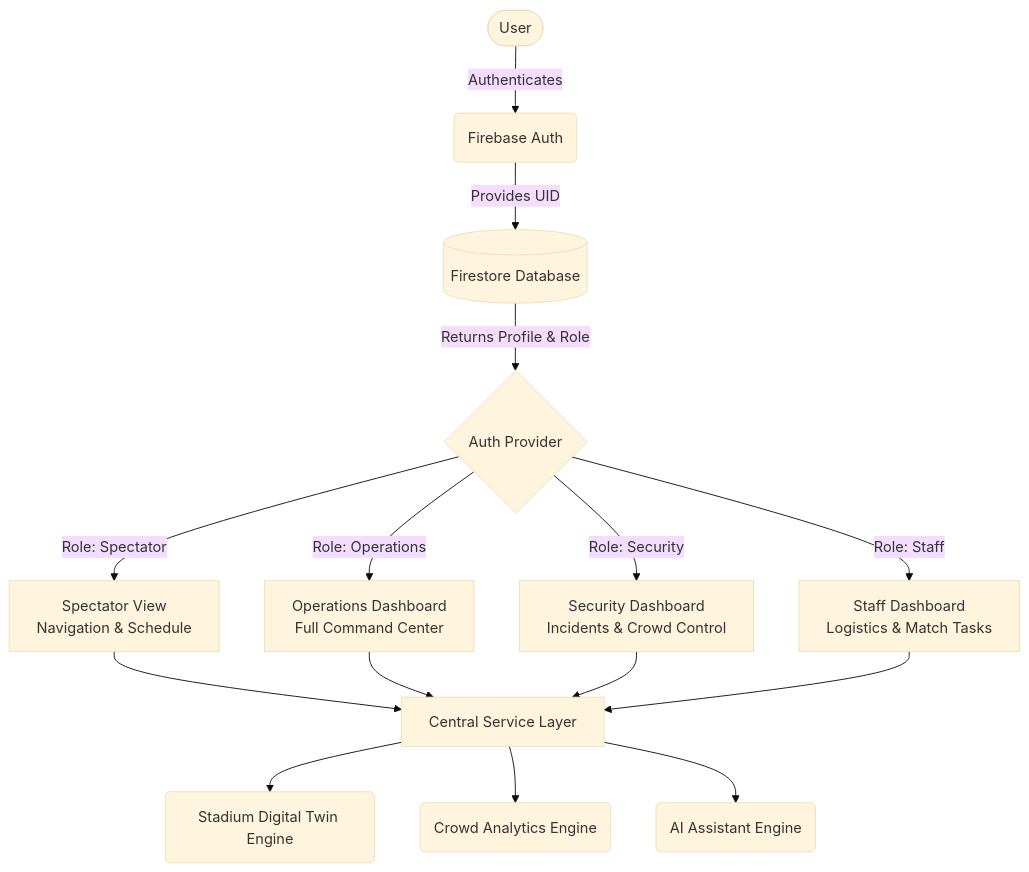
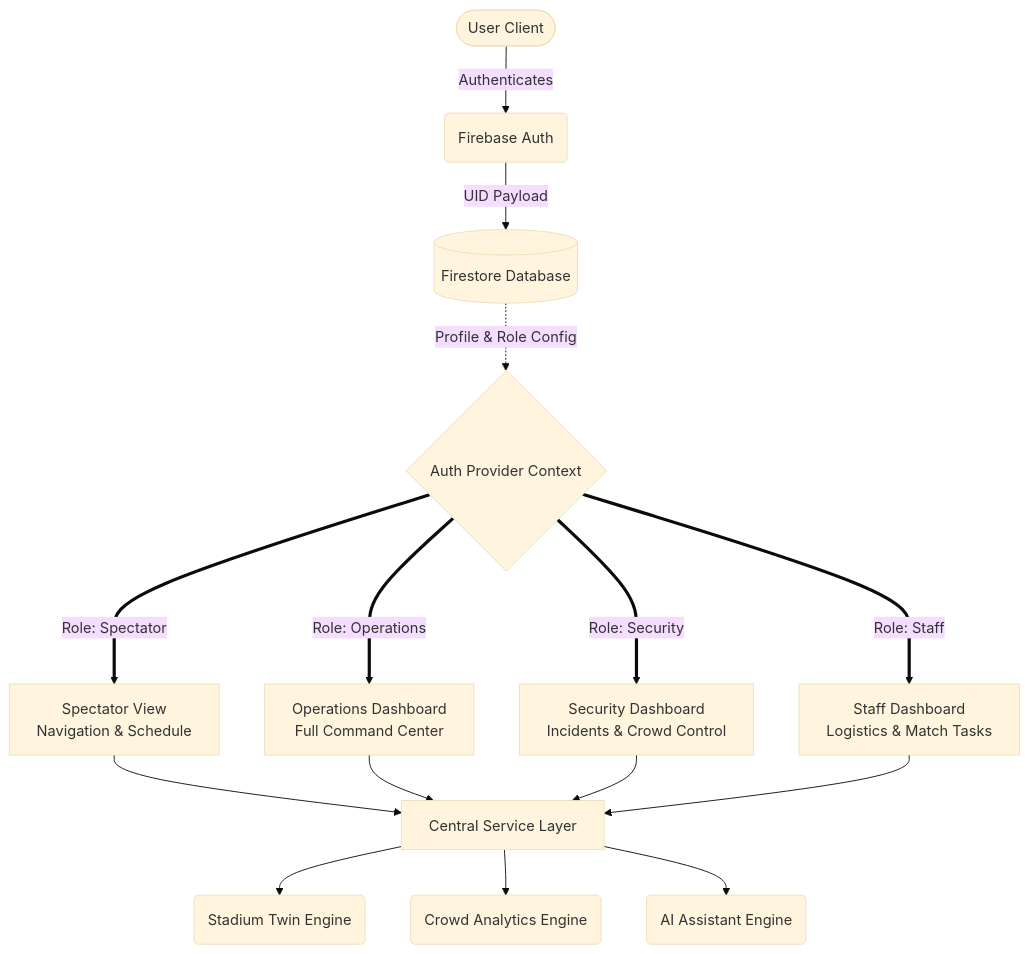
One commit to Mohammed0Arfath/MatchMind-AI changed the diagram in README.md. Above: the diagram before and after it, drawn with Mermaid (base theme). The commit also changed other lines of this file, not shown here.

````diff
--- a/README.md
+++ b/README.md
@@ -19,20 +45,20 @@
 ```mermaid
 graph TD
-    User([User]) -->|Authenticates| Firebase(Firebase Auth)
-    Firebase -->|Provides UID| Firestore[(Firestore Database)]
-    Firestore -->|Returns Profile & Role| AuthProvider{Auth Provider}
+    User([User Client]) -->|Authenticates| Firebase(Firebase Auth)
+    Firebase -->|UID Payload| Firestore[(Firestore Database)]
+    Firestore -.->|Profile & Role Config| AuthProvider{Auth Provider Context}
     
-    AuthProvider -->|Role: Spectator| SpecDash[Spectator View <br/> Navigation & Schedule]
-    AuthProvider -->|Role: Operations| OpsDash[Operations Dashboard <br/> Full Command Center]
-    AuthProvider -->|Role: Security| SecDash[Security Dashboard <br/> Incidents & Crowd Control]
-    AuthProvider -->|Role: Staff| StaffDash[Staff Dashboard <br/> Logistics & Match Tasks]
+    AuthProvider ===>|Role: Spectator| SpecDash[Spectator View <br/> Navigation & Schedule]
+    AuthProvider ===>|Role: Operations| OpsDash[Operations Dashboard <br/> Full Command Center]
+    AuthProvider ===>|Role: Security| SecDash[Security Dashboard <br/> Incidents & Crowd Control]
+    AuthProvider ===>|Role: Staff| StaffDash[Staff Dashboard <br/> Logistics & Match Tasks]
 
     SpecDash --> Services[Central Service Layer]
     OpsDash --> Services
     SecDash --> Services
     StaffDash --> Services
 
-    Services --> Stadium(Stadium Digital Twin Engine)
+    Services --> Stadium(Stadium Twin Engine)
     Services --> Crowd(Crowd Analytics Engine)
     Services --> AI(AI Assistant Engine)
 ```
````
